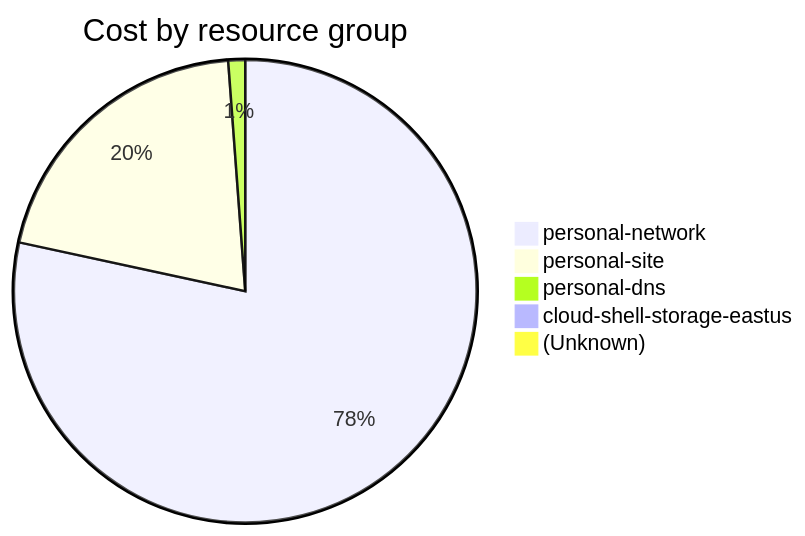
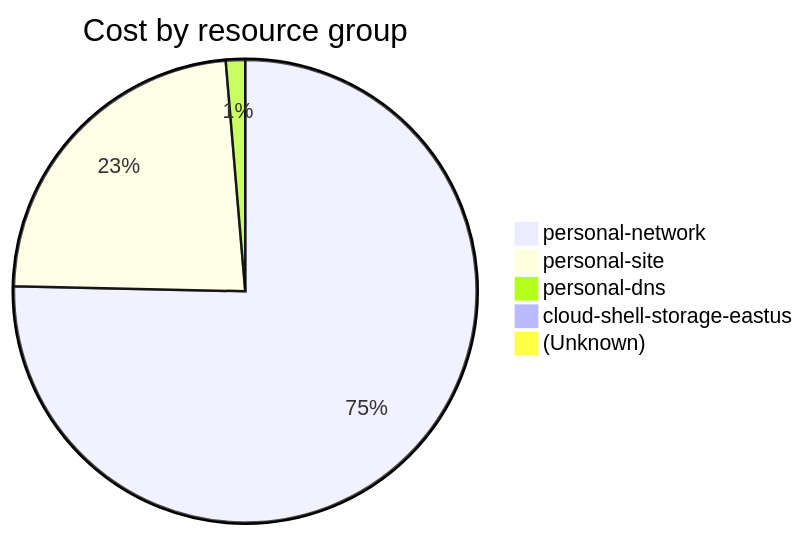
The fourth of 4 diagrams in cost-reports/accumulated-cost.md (jpfulton/azure-personal-reports), drawn with Mermaid before and after one commit. The commit also changed other lines of this file and 4 other files, not shown here.

````diff
--- a/cost-reports/accumulated-cost.md
+++ b/cost-reports/accumulated-cost.md
@@ -153,9 +153,9 @@
 ```mermaid
 pie
    title Cost by resource group
-   "personal-network" : 3.99
-   "personal-site" : 1.04
-   "personal-dns" : 0.06
-   "cloud-shell-storage-eastus" : 0.02
-   "(Unknown)" : 0.01
+   "personal-network" : 5.59
+   "personal-site" : 1.73
+   "personal-dns" : 0.10
+   "cloud-shell-storage-eastus" : 0.03
+   "(Unknown)" : 0.02
 ```
````
